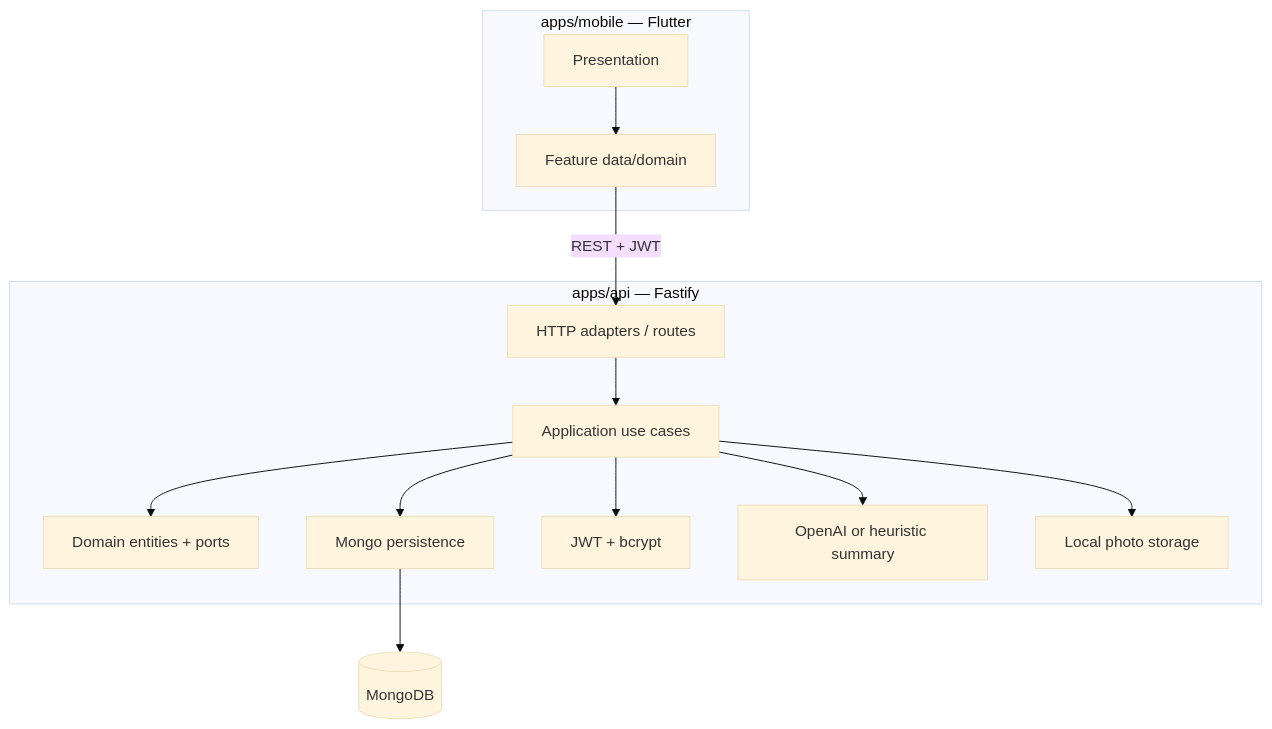
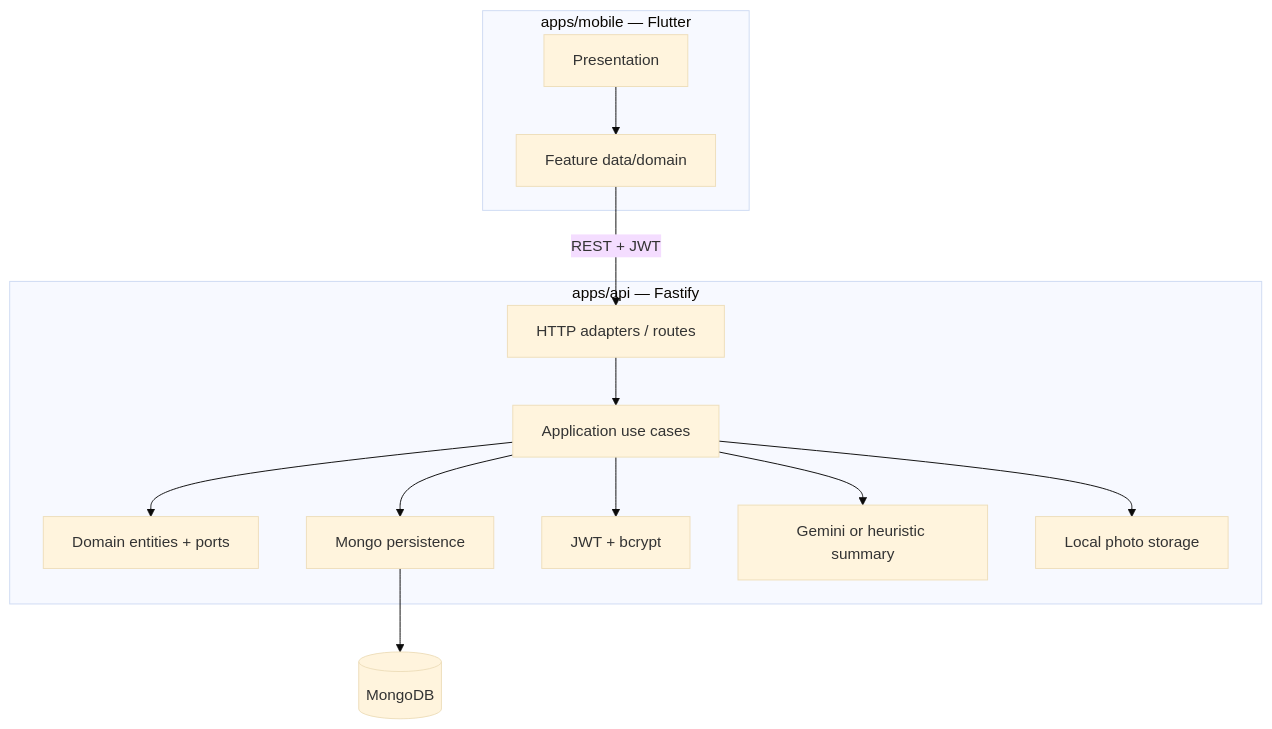
One commit to Gabyresina15/RondaPro changed the diagram in README.md. Above: the diagram before and after it, drawn with Mermaid (base theme). The commit also changed other lines of this file, not shown here.

Commit message:
docs: update README references from OpenAI to Gemini

````diff
--- a/README.md
+++ b/README.md
@@ -11,26 +11,26 @@
 ```mermaid
 flowchart TB
   subgraph mobile [apps/mobile — Flutter]
     UI[Presentation]
     AppLayer[Feature data/domain]
     UI --> AppLayer
   end
 
   subgraph api [apps/api — Fastify]
     HTTP[HTTP adapters / routes]
     UseCases[Application use cases]
     Domain[Domain entities + ports]
     Persist[Mongo persistence]
     Sec[JWT + bcrypt]
-    LLM[OpenAI or heuristic summary]
+    LLM[Gemini or heuristic summary]
     Files[Local photo storage]
     HTTP --> UseCases --> Domain
     UseCases --> Persist
     UseCases --> Sec
     UseCases --> LLM
     UseCases --> Files
   end
 
   AppLayer -->|REST + JWT| HTTP
   Persist --> Mongo[(MongoDB)]
 ```
````
